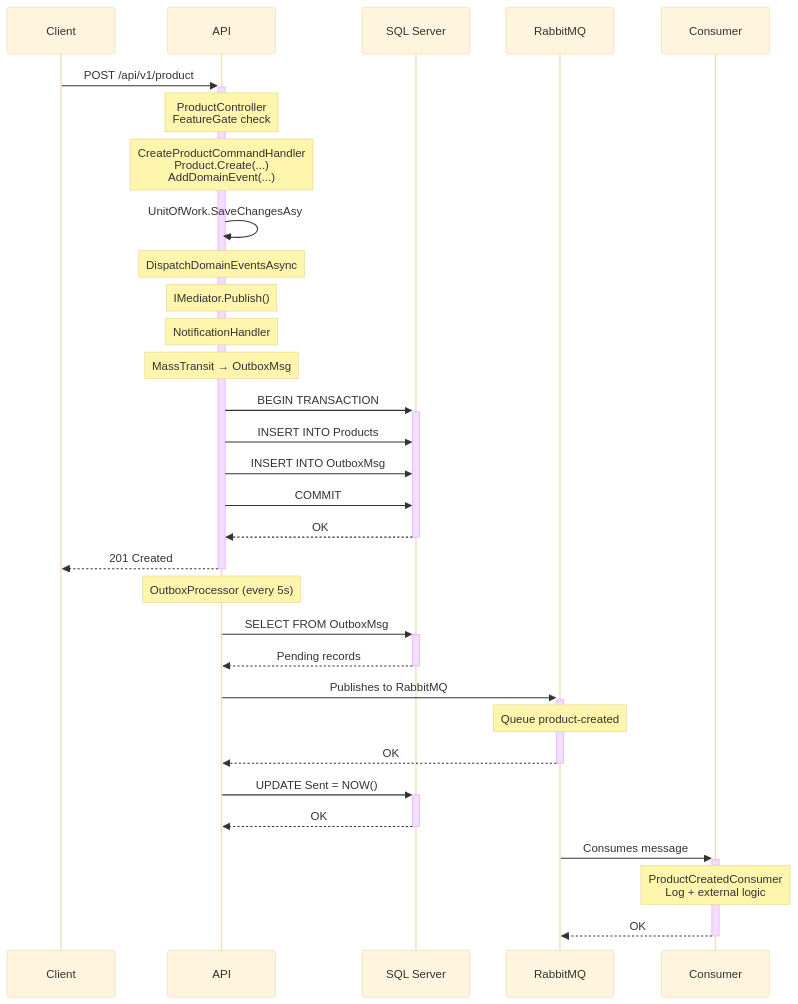
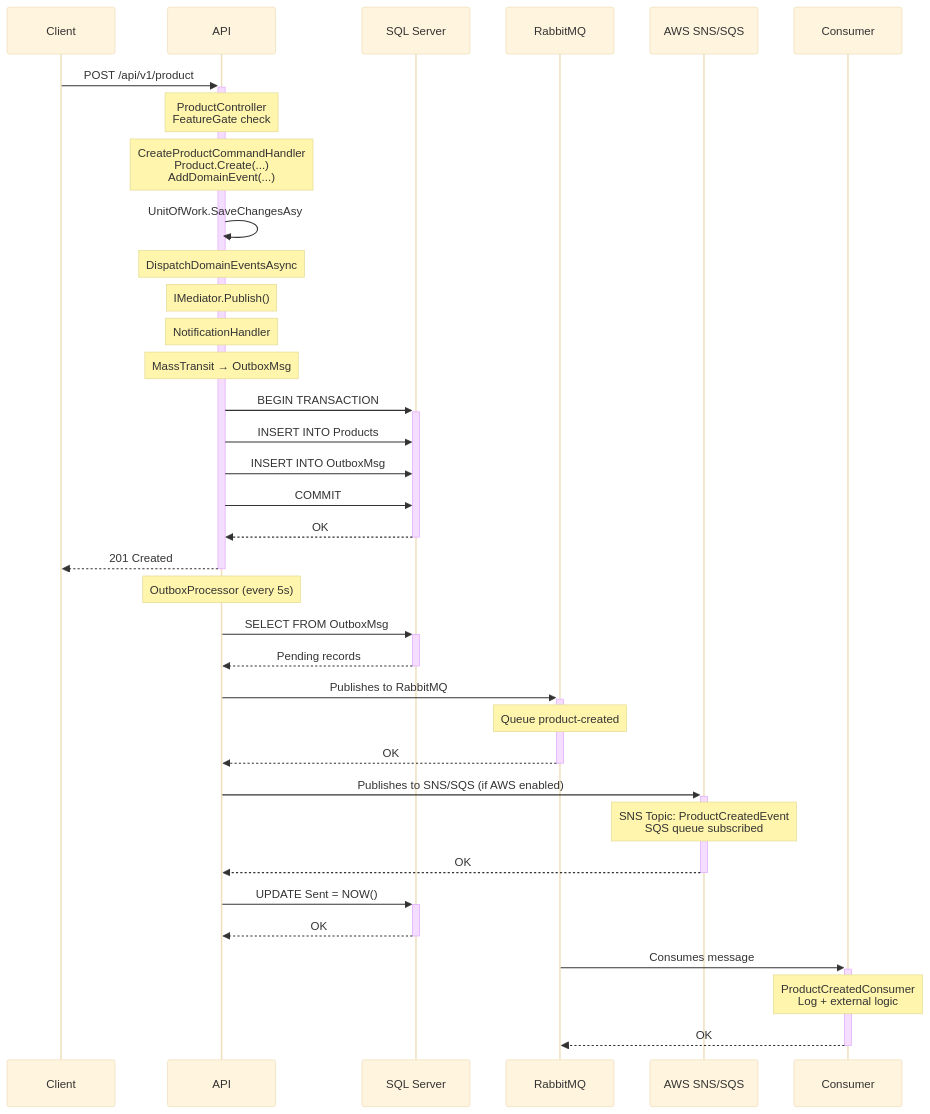
The seventh of 7 diagrams in docs/README.en.md (AcoranGonzalezMoray/SoftwareLearningGuide), drawn with Mermaid (base theme) before and after one commit. The commit also changed other lines of this file and 6 other files, not shown here.

Commit message:
📖: updated diagrams

````diff
--- a/docs/README.en.md
+++ b/docs/README.en.md
@@ -603,41 +610,46 @@
 ```mermaid
 sequenceDiagram
     participant C as Client
     participant API as API
     participant SQL as SQL Server
     participant RMQ as RabbitMQ
+    participant AWS as AWS SNS/SQS
     participant CON as Consumer
     
     C->>+API: POST /api/v1/product
     Note over API: ProductController<br/>FeatureGate check
     Note over API: CreateProductCommandHandler<br/>Product.Create(...)<br/>AddDomainEvent(...)
     
     API->>API: UnitOfWork.SaveChangesAsy
     Note over API: DispatchDomainEventsAsync
     Note over API: IMediator.Publish()
     Note over API: NotificationHandler
     Note over API: MassTransit → OutboxMsg
     
     API->>+SQL: BEGIN TRANSACTION
     API->>SQL: INSERT INTO Products
     API->>SQL: INSERT INTO OutboxMsg
     API->>SQL: COMMIT
     SQL-->>-API: OK
     
     API-->>-C: 201 Created
     
     Note over API: OutboxProcessor (every 5s)
     API->>+SQL: SELECT FROM OutboxMsg
     SQL-->>-API: Pending records
     
     API->>+RMQ: Publishes to RabbitMQ
     Note over RMQ: Queue product-created
     RMQ-->>-API: OK
     
+    API->>+AWS: Publishes to SNS/SQS (if AWS enabled)
+    Note over AWS: SNS Topic: ProductCreatedEvent<br/>SQS queue subscribed
+    AWS-->>-API: OK
+    
     API->>+SQL: UPDATE Sent = NOW()
     SQL-->>-API: OK
     
     RMQ->>+CON: Consumes message
     Note over CON: ProductCreatedConsumer<br/>Log + external logic
     CON-->>-RMQ: OK
 ```
````
